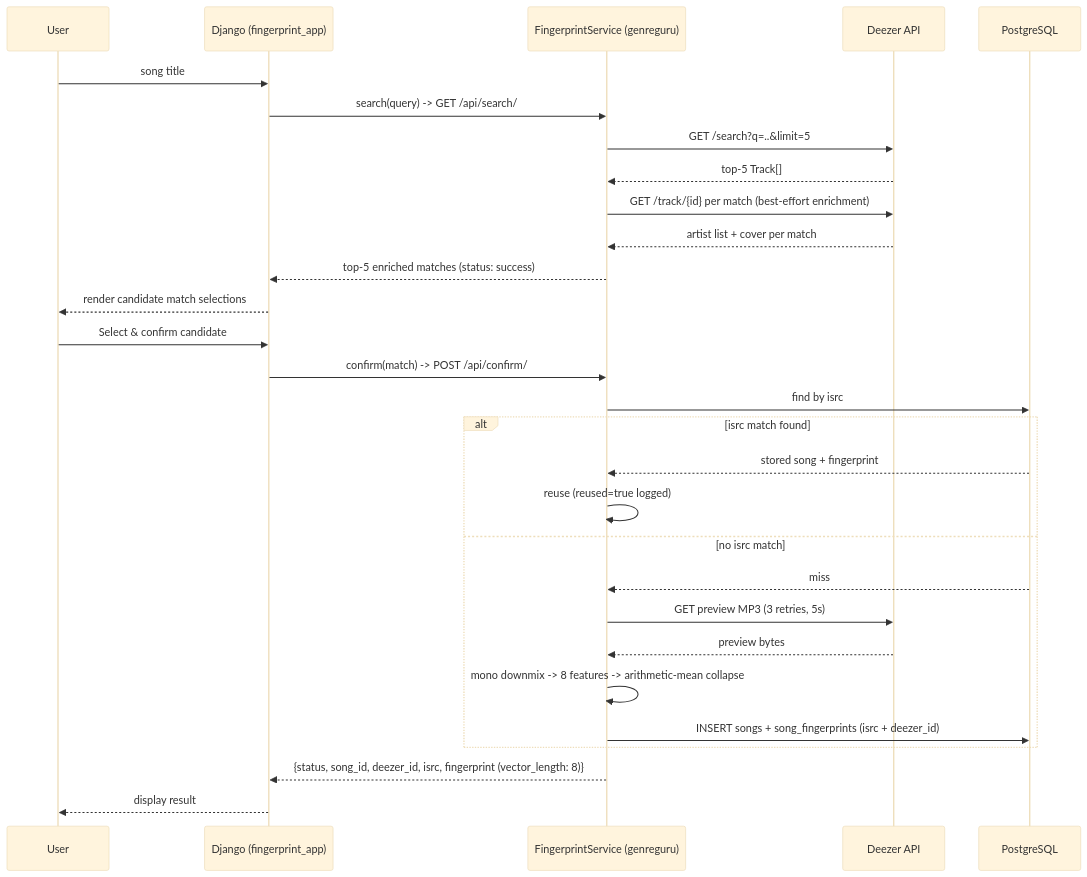
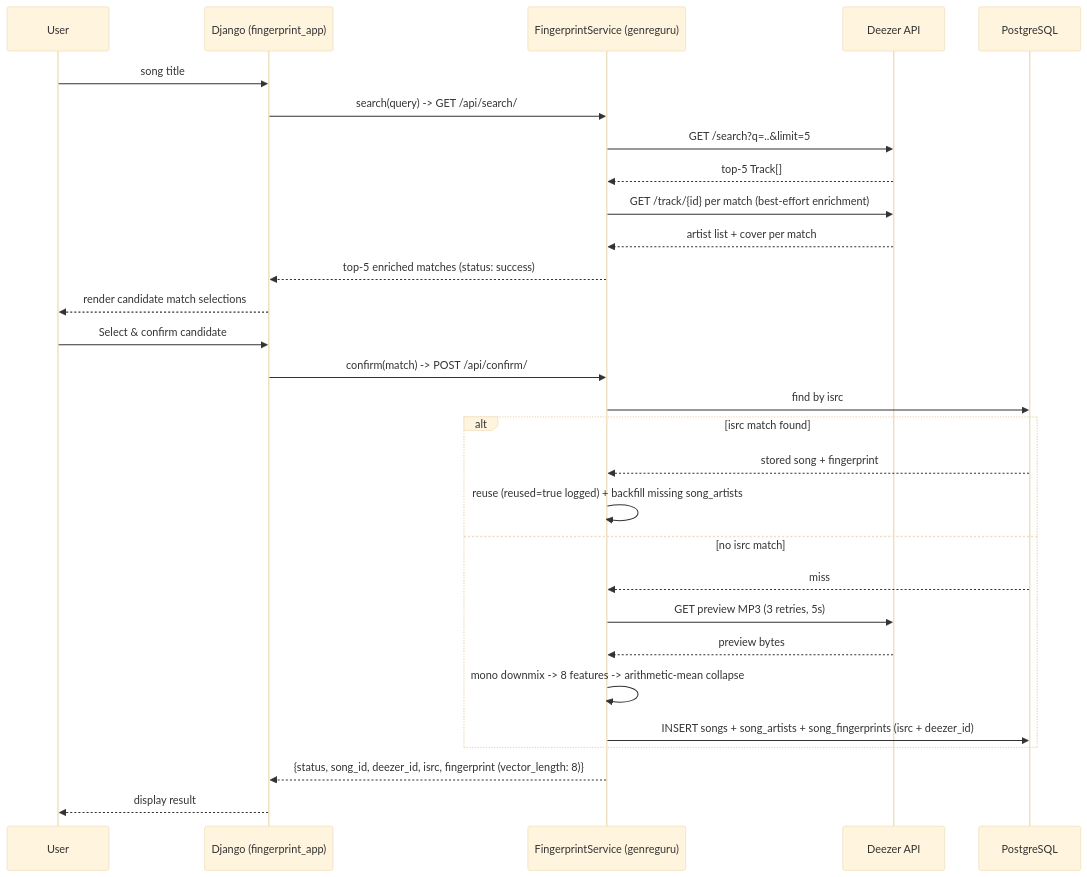
The second of 2 diagrams in docs/001-song-fingerprint-engine/architecture.md (AhmedAl-Hayali/AgenticGenreGuru), drawn with Mermaid (base theme) before and after one commit. The commit also changed other lines of this file and 2 other files, not shown here.

Commit message:
docs(specs-data-model): capture new relation `song_artists`

````diff
--- a/docs/001-song-fingerprint-engine/architecture.md
+++ b/docs/001-song-fingerprint-engine/architecture.md
@@ -214,31 +214,31 @@
 ```mermaid
 sequenceDiagram
     participant U as User
     participant UI as Django (fingerprint_app)
     participant SVC as FingerprintService (genreguru)
     participant DZ as Deezer API
     participant DB as PostgreSQL
     U->>UI: song title
     UI->>SVC: search(query) -> GET /api/search/
     SVC->>DZ: GET /search?q=..&limit=5
     DZ-->>SVC: top-5 Track[]
     SVC->>DZ: GET /track/{id} per match (best-effort enrichment)
     DZ-->>SVC: artist list + cover per match
     SVC-->>UI: top-5 enriched matches (status: success)
     UI-->>U: render candidate match selections
     U->>UI: Select & confirm candidate
     UI->>SVC: confirm(match) -> POST /api/confirm/
     SVC->>DB: find by isrc
     alt isrc match found
         DB-->>SVC: stored song + fingerprint
-        SVC->>SVC: reuse (reused=true logged)
+        SVC->>SVC: reuse (reused=true logged) + backfill missing song_artists
     else no isrc match
         DB-->>SVC: miss
         SVC->>DZ: GET preview MP3 (3 retries, 5s)
         DZ-->>SVC: preview bytes
         SVC->>SVC: mono downmix -> 8 features -> arithmetic-mean collapse
-        SVC->>DB: INSERT songs + song_fingerprints (isrc + deezer_id)
+        SVC->>DB: INSERT songs + song_artists + song_fingerprints (isrc + deezer_id)
     end
     SVC-->>UI: {status, song_id, deezer_id, isrc, fingerprint (vector_length: 8)}
     UI-->>U: display result
 ```
````
